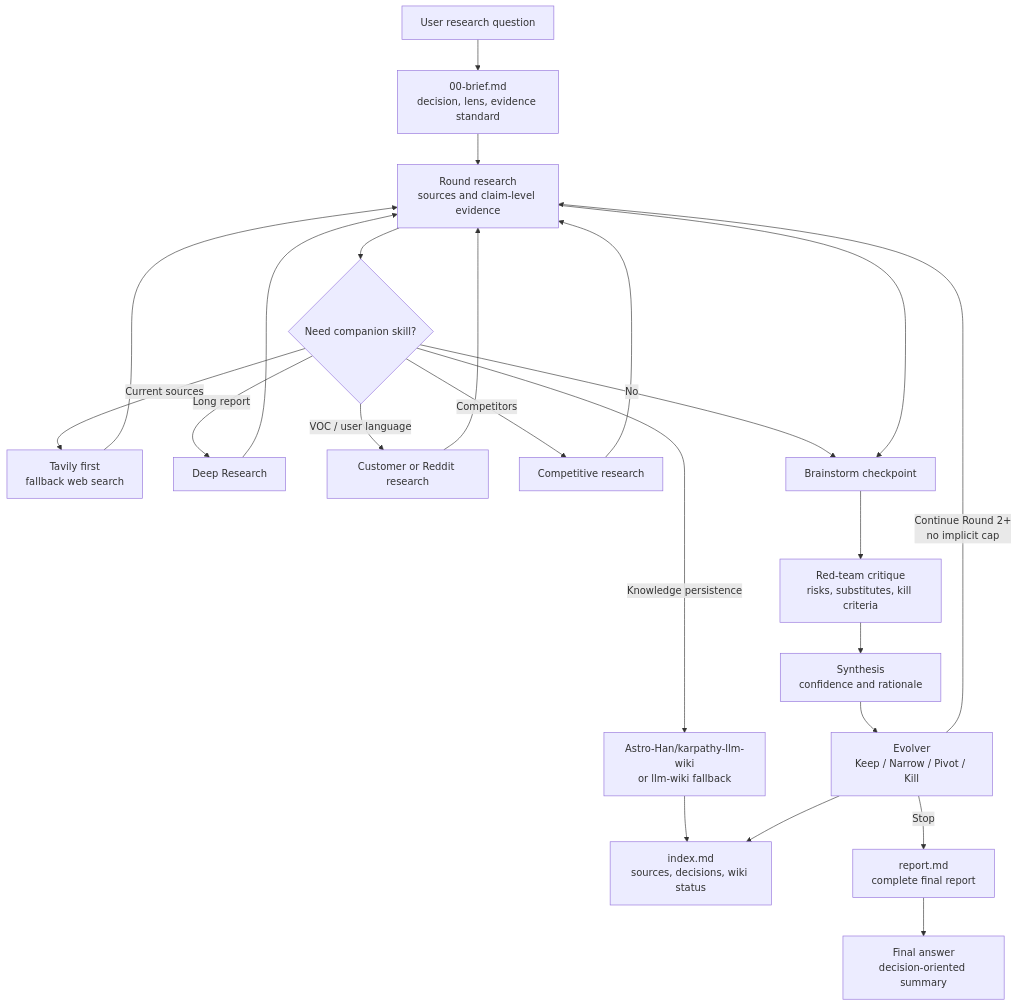
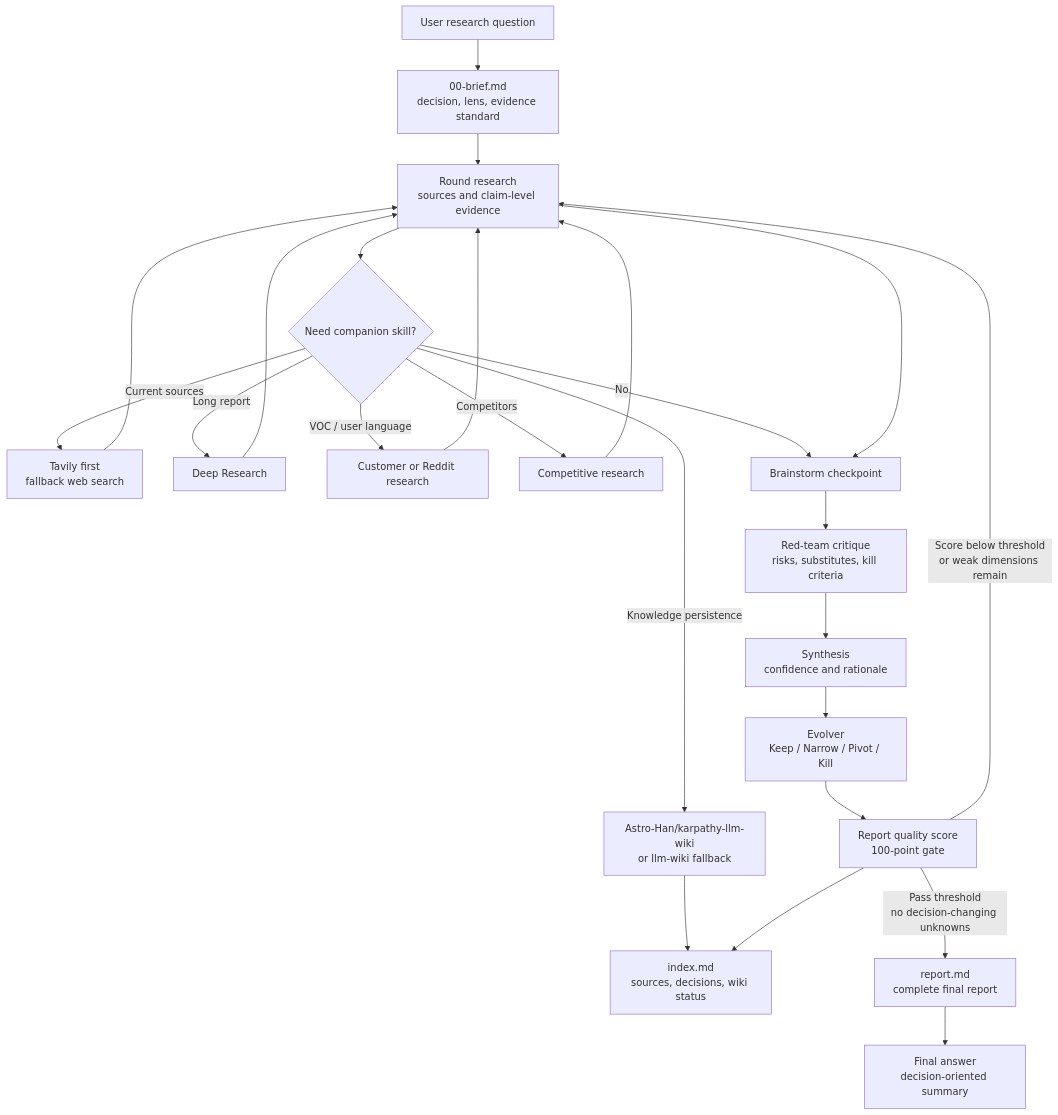
One commit to GoatGit/super-survey changed the diagram in README.md. Above: the diagram before and after it, drawn with Mermaid. The commit also changed other lines of this file and 5 other files, not shown here.

Commit message:
Add quality-driven survey continuation gate

````diff
--- a/README.md
+++ b/README.md
@@ -111,25 +127,26 @@
 ```mermaid
 flowchart TD
     A[User research question] --> B[00-brief.md<br/>decision, lens, evidence standard]
     B --> C[Round research<br/>sources and claim-level evidence]
     C --> D{Need companion skill?}
     D -->|Current sources| D1[Tavily first<br/>fallback web search]
     D -->|Long report| D2[Deep Research]
     D -->|VOC / user language| D3[Customer or Reddit research]
     D -->|Competitors| D4[Competitive research]
     D -->|Knowledge persistence| D5[Astro-Han/karpathy-llm-wiki<br/>or llm-wiki fallback]
     D -->|No| E[Brainstorm checkpoint]
     D1 --> C
     D2 --> C
     D3 --> C
     D4 --> C
     D5 --> I[index.md]
     C --> E[Brainstorm checkpoint]
     E --> F[Red-team critique<br/>risks, substitutes, kill criteria]
     F --> G[Synthesis<br/>confidence and rationale]
     G --> H[Evolver<br/>Keep / Narrow / Pivot / Kill]
-    H --> I[index.md<br/>sources, decisions, wiki status]
-    H -->|Continue Round 2+<br/>no implicit cap| C
-    H -->|Stop| J[report.md<br/>complete final report]
+    H --> Q[Report quality score<br/>100-point gate]
+    Q --> I[index.md<br/>sources, decisions, wiki status]
+    Q -->|Score below threshold<br/>or weak dimensions remain| C
+    Q -->|Pass threshold<br/>no decision-changing unknowns| J[report.md<br/>complete final report]
     J --> K[Final answer<br/>decision-oriented summary]
 ```
````
